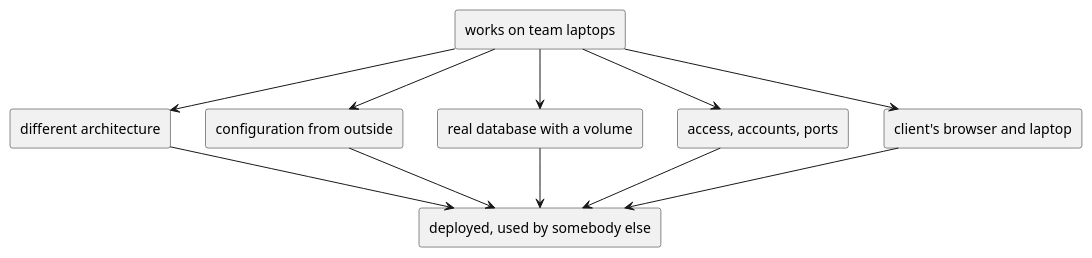
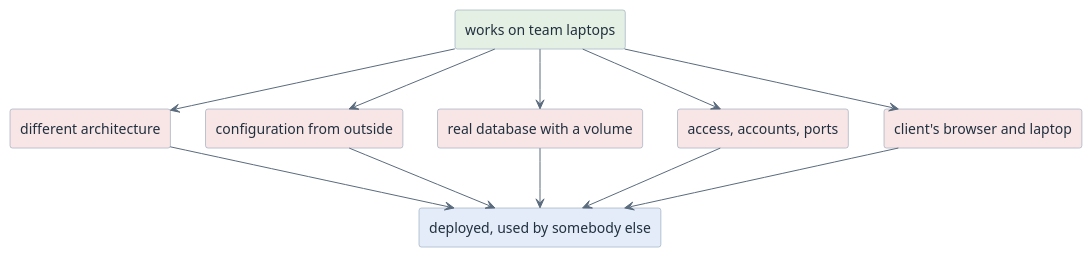
One commit to htl-leonding-college/curriculum-syp3 changed the diagram in modules/review-milestone-2/questions.adoc. Above: the diagram before and after it, drawn with PlantUML. The commit also changed 65 other files, not shown here.

First line of the commit message:
feat(site): give the diagrams a semantic pastel palette

```diff
--- a/modules/review-milestone-2/questions.adoc
+++ b/modules/review-milestone-2/questions.adoc
@@ -90,24 +90,27 @@
 [plantuml,q-deployment-risk,svg]
 ----
 @startuml
-skinparam monochrome true
+<style>
+element { BackgroundColor #EDF3FA; LineColor #7C93AD; FontColor #21303F }
+arrow { LineColor #5A6B7D; FontColor #21303F }
+</style>
 skinparam shadowing false
-rectangle "works on team laptops" as L
-rectangle "different architecture" as A
-rectangle "configuration from outside" as C
-rectangle "real database with a volume" as D
-rectangle "access, accounts, ports" as N
-rectangle "client's browser and laptop" as B
-rectangle "deployed, used by somebody else" as P
+rectangle "works on team laptops" as L #E4F0E4
+rectangle "different architecture" as A #F8E5E5
+rectangle "configuration from outside" as C #F8E5E5
+rectangle "real database with a volume" as D #F8E5E5
+rectangle "access, accounts, ports" as N #F8E5E5
+rectangle "client's browser and laptop" as B #F8E5E5
+rectangle "deployed, used by somebody else" as P #E3ECF8
 L -down-> A
 L -down-> C
 L -down-> D
 L -down-> N
 L -down-> B
 A -down-> P
 C -down-> P
 D -down-> P
 N -down-> P
 B -down-> P
 @enduml
 ----
```
